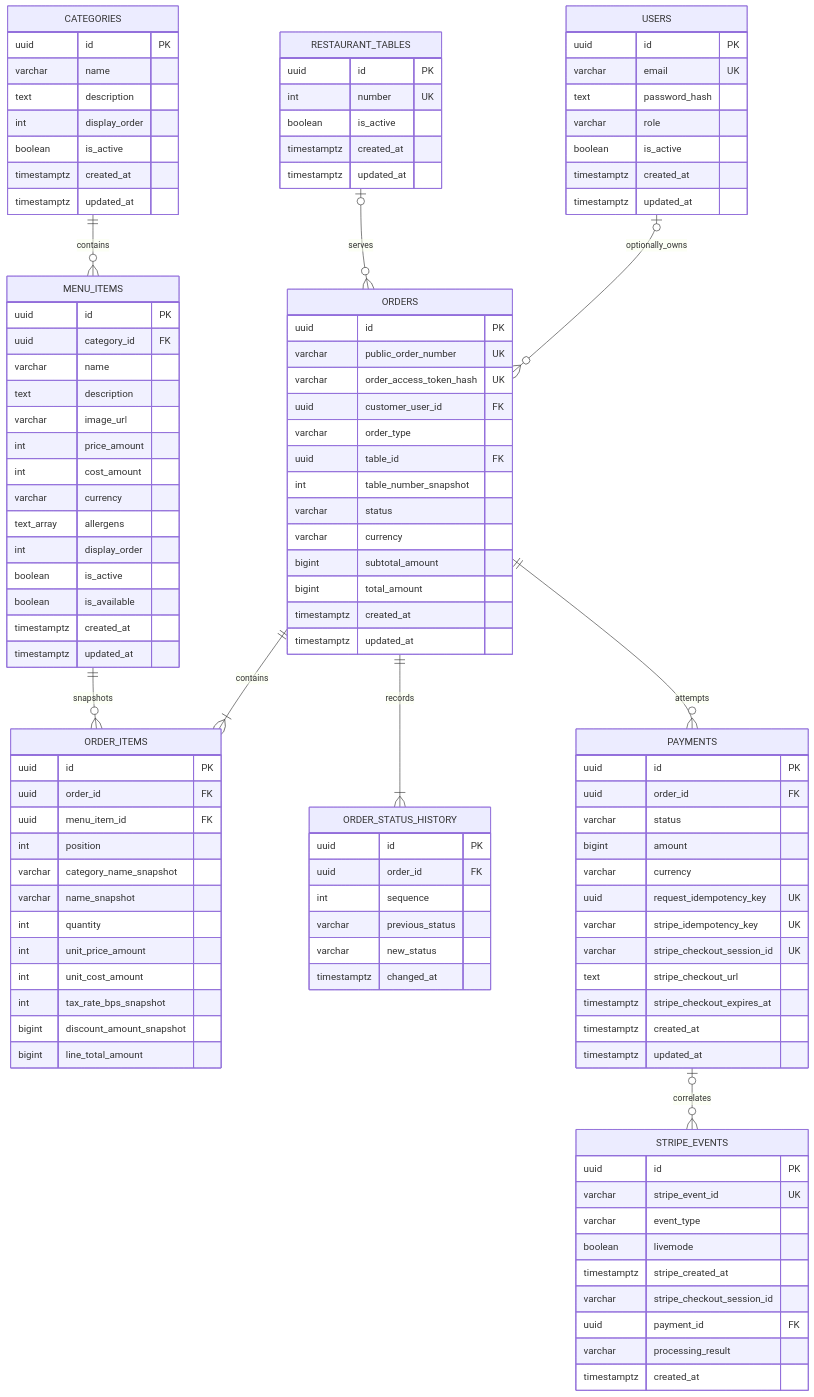
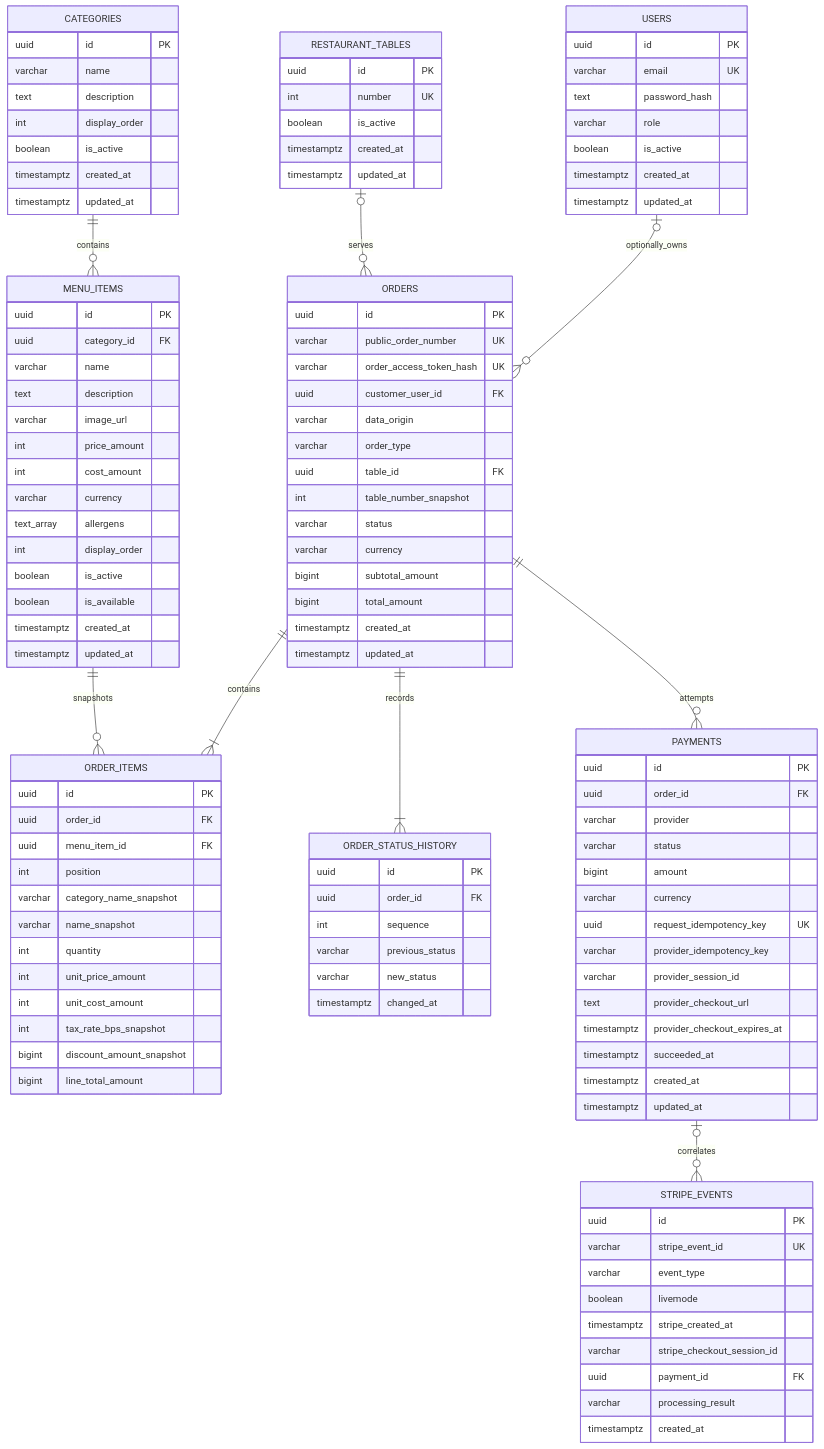
One commit to kamilSarbian/Restaurant_Ordering_Analytics changed the second of 3 diagrams in docs/ARCHITECTURE.md. Above: the diagram before and after it, drawn with Mermaid. The commit also changed other lines of this file and 5 other files, not shown here.

```diff
--- a/docs/ARCHITECTURE.md
+++ b/docs/ARCHITECTURE.md
@@ -391,6 +395,7 @@
         varchar public_order_number UK
         varchar order_access_token_hash UK
         uuid customer_user_id FK
+        varchar data_origin
         varchar order_type
         uuid table_id FK
         int table_number_snapshot
@@ -429,14 +434,16 @@
     PAYMENTS {
         uuid id PK
         uuid order_id FK
+        varchar provider
         varchar status
         bigint amount
         varchar currency
         uuid request_idempotency_key UK
-        varchar stripe_idempotency_key UK
-        varchar stripe_checkout_session_id UK
-        text stripe_checkout_url
-        timestamptz stripe_checkout_expires_at
+        varchar provider_idempotency_key
+        varchar provider_session_id
+        text provider_checkout_url
+        timestamptz provider_checkout_expires_at
+        timestamptz succeeded_at
         timestamptz created_at
         timestamptz updated_at
     }
```
